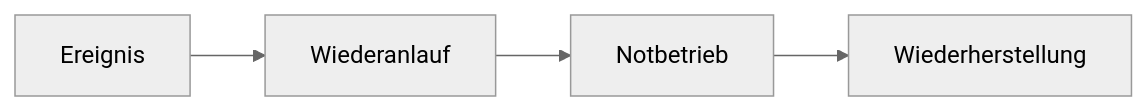
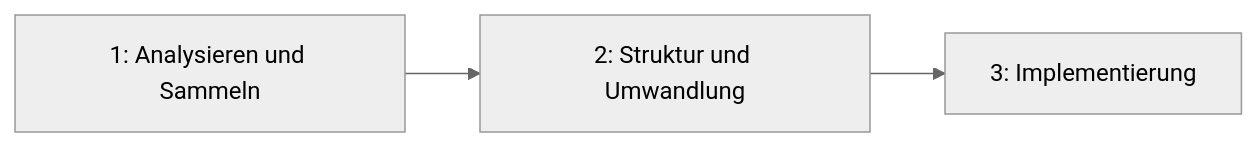
The second of 2 diagrams in README.md (moritzrfs/it-recht-sum), drawn with Mermaid (neutral theme) before and after one commit. The commit also changed other lines of this file and 2 other files, not shown here.

````diff
--- a/README.md
+++ b/README.md
@@ -258,4 +302,4 @@
 ```mermaid
 flowchart LR
-    id1[Ereignis]--> id2[Wiederanlauf]--> id3[Notbetrieb] --> id4[Wiederherstellung]
+    id1[1: Analysieren und Sammeln]--> id2[2: Struktur und Umwandlung]--> id3[3: Implementierung ]
 ```
````
